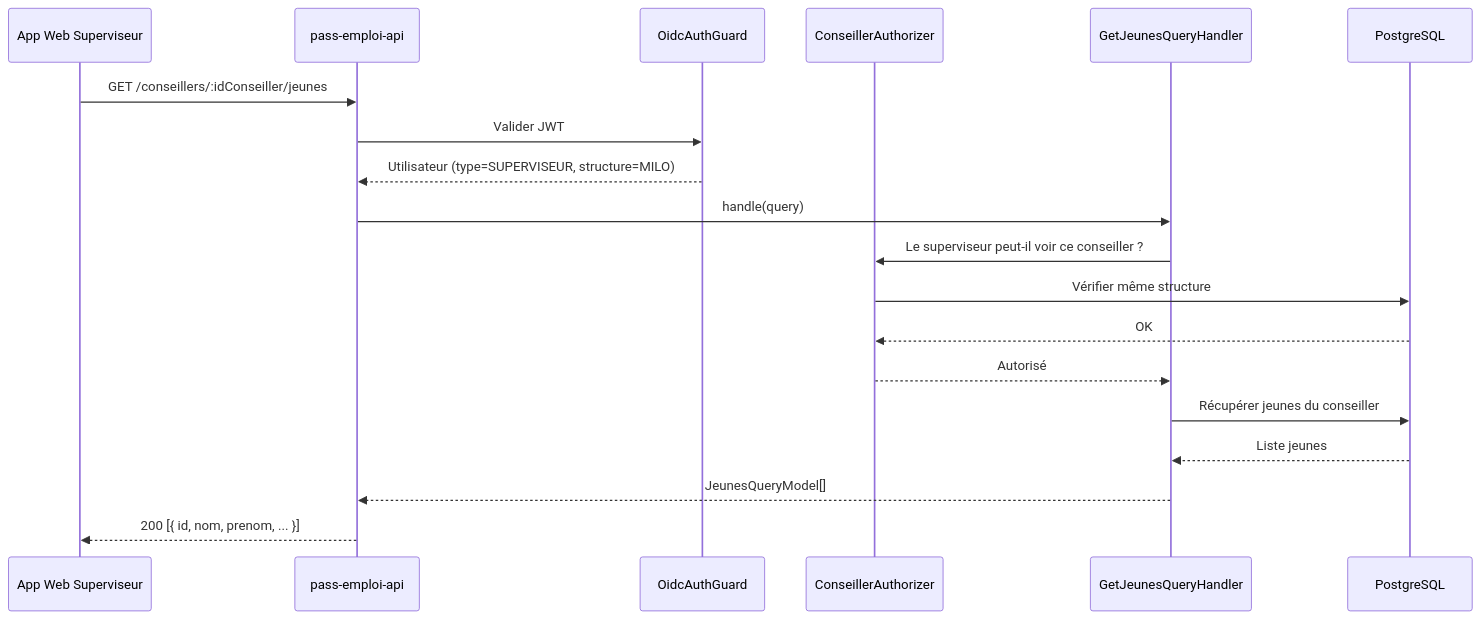
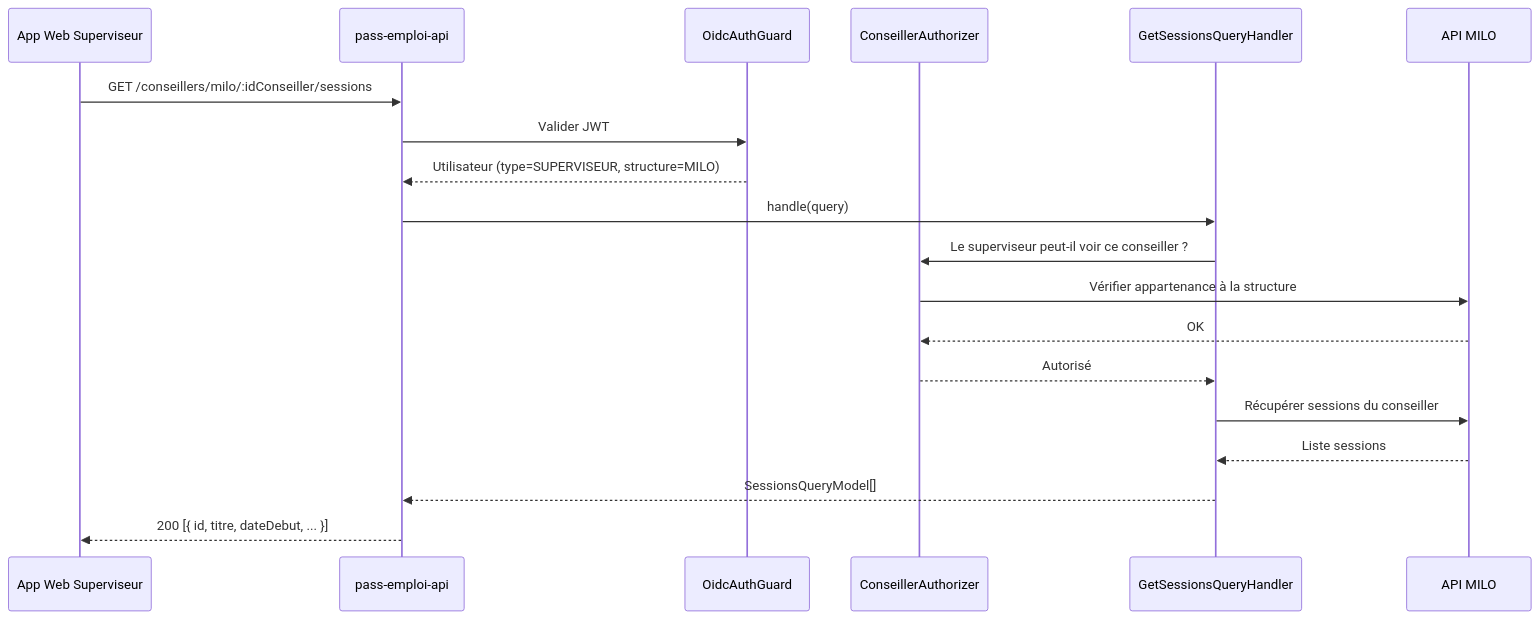
One commit to France-Travail/pass-emploi-api changed the second of 2 diagrams in docs/actors/superviseur.md. Above: the diagram before and after it, drawn with Mermaid. The commit also changed other lines of this file and 11 other files, not shown here.

Commit message:
docs: correction superviseur — conseiller MILO avec droits de supervision

````diff
--- a/docs/actors/superviseur.md
+++ b/docs/actors/superviseur.md
@@ -53,24 +51,24 @@
 ```mermaid
 sequenceDiagram
     participant Web as App Web Superviseur
     participant API as pass-emploi-api
     participant Auth as OidcAuthGuard
     participant Authz as ConseillerAuthorizer
-    participant H as GetJeunesQueryHandler
-    participant DB as PostgreSQL
+    participant H as GetSessionsQueryHandler
+    participant MILO as API MILO
 
-    Web->>API: GET /conseillers/:idConseiller/jeunes
+    Web->>API: GET /conseillers/milo/:idConseiller/sessions
     API->>Auth: Valider JWT
     Auth-->>API: Utilisateur (type=SUPERVISEUR, structure=MILO)
 
     API->>H: handle(query)
     H->>Authz: Le superviseur peut-il voir ce conseiller ?
-    Authz->>DB: Vérifier même structure
-    DB-->>Authz: OK
+    Authz->>MILO: Vérifier appartenance à la structure
+    MILO-->>Authz: OK
     Authz-->>H: Autorisé
 
-    H->>DB: Récupérer jeunes du conseiller
-    DB-->>H: Liste jeunes
-    H-->>API: JeunesQueryModel[]
-    API-->>Web: 200 [{ id, nom, prenom, ... }]
+    H->>MILO: Récupérer sessions du conseiller
+    MILO-->>H: Liste sessions
+    H-->>API: SessionsQueryModel[]
+    API-->>Web: 200 [{ id, titre, dateDebut, ... }]
 ```
````
